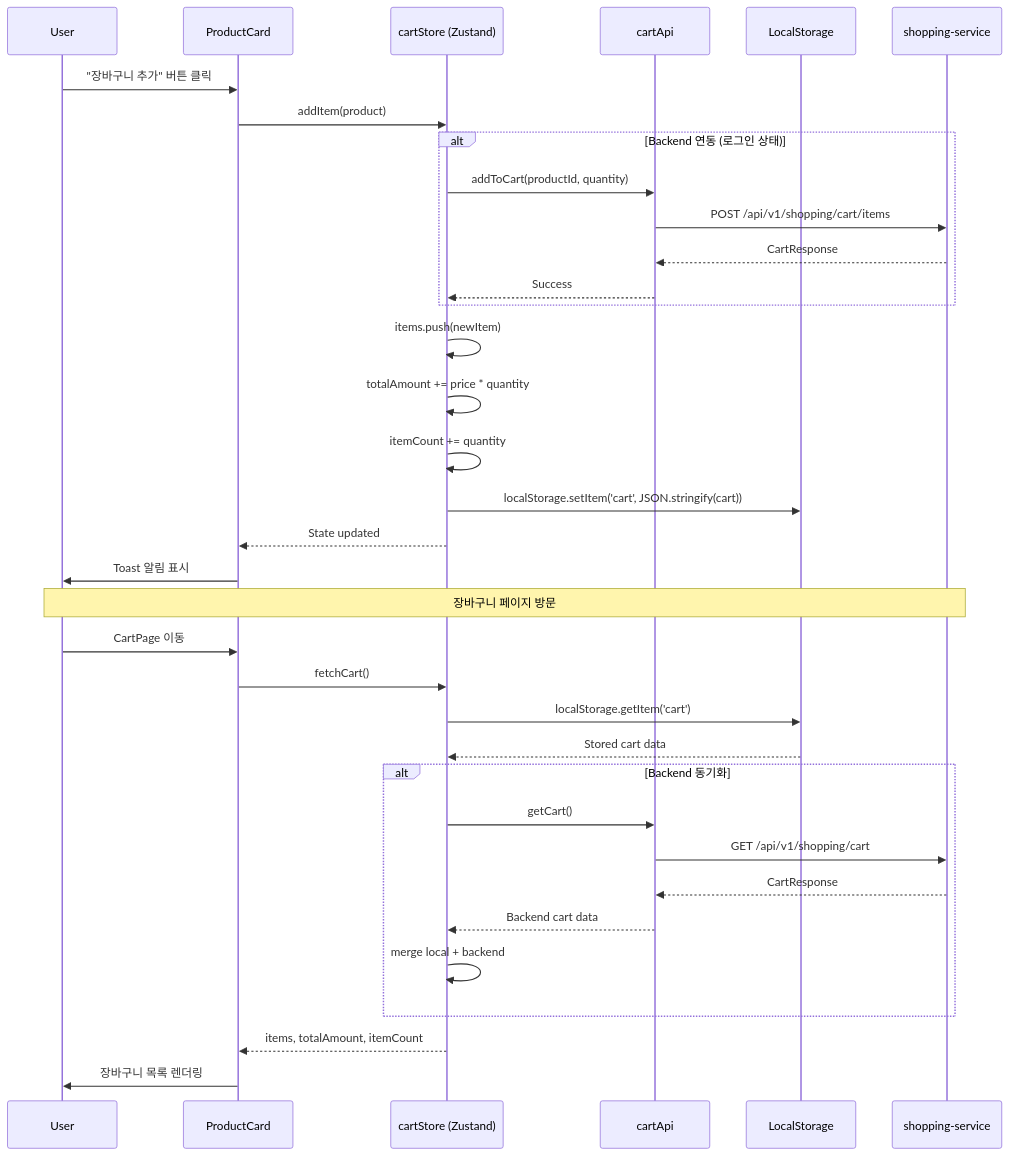
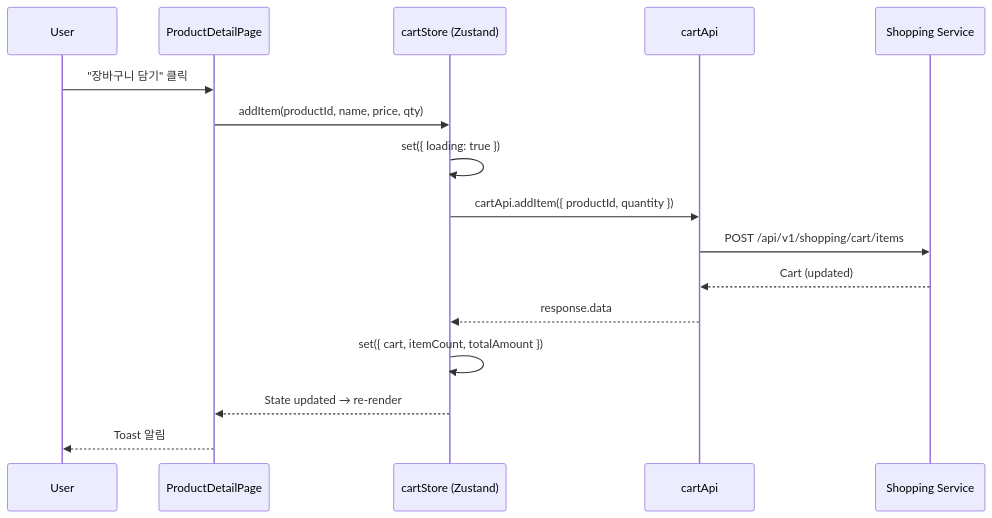
One commit to L-a-z-e/portal-universe changed the third of 7 diagrams in docs/architecture/shopping-frontend/data-flow.md. Above: the diagram before and after it, drawn with Mermaid. The commit also changed other lines of this file and 4 other files, not shown here.

First line of the commit message:
docs(architecture): rewrite shopping-frontend docs to match actual codebase

````diff
--- a/docs/architecture/shopping-frontend/data-flow.md
+++ b/docs/architecture/shopping-frontend/data-flow.md
@@ -168,43 +241,19 @@
 ```mermaid
 sequenceDiagram
     participant U as User
-    participant C as ProductCard
+    participant P as ProductDetailPage
     participant CS as cartStore (Zustand)
     participant API as cartApi
-    participant LS as LocalStorage
-    participant S as shopping-service
+    participant SS as Shopping Service
 
-    U->>C: "장바구니 추가" 버튼 클릭
-    C->>CS: addItem(product)
-
-    alt Backend 연동 (로그인 상태)
-        CS->>API: addToCart(productId, quantity)
-        API->>S: POST /api/v1/shopping/cart/items
-        S-->>API: CartResponse
-        API-->>CS: Success
-    end
-
-    CS->>CS: items.push(newItem)
-    CS->>CS: totalAmount += price * quantity
-    CS->>CS: itemCount += quantity
-    CS->>LS: localStorage.setItem('cart', JSON.stringify(cart))
-    CS-->>C: State updated
-    C->>U: Toast 알림 표시
-
-    Note over U,S: 장바구니 페이지 방문
-    U->>C: CartPage 이동
-    C->>CS: fetchCart()
-    CS->>LS: localStorage.getItem('cart')
-    LS-->>CS: Stored cart data
-
-    alt Backend 동기화
-        CS->>API: getCart()
-        API->>S: GET /api/v1/shopping/cart
-        S-->>API: CartResponse
-        API-->>CS: Backend cart data
-        CS->>CS: merge local + backend
-    end
-
-    CS-->>C: items, totalAmount, itemCount
-    C->>U: 장바구니 목록 렌더링
+    U->>P: "장바구니 담기" 클릭
+    P->>CS: addItem(productId, name, price, qty)
+    CS->>CS: set({ loading: true })
+    CS->>API: cartApi.addItem({ productId, quantity })
+    API->>SS: POST /api/v1/shopping/cart/items
+    SS-->>API: Cart (updated)
+    API-->>CS: response.data
+    CS->>CS: set({ cart, itemCount, totalAmount })
+    CS-->>P: State updated → re-render
+    P-->>U: Toast 알림
 ```
````
